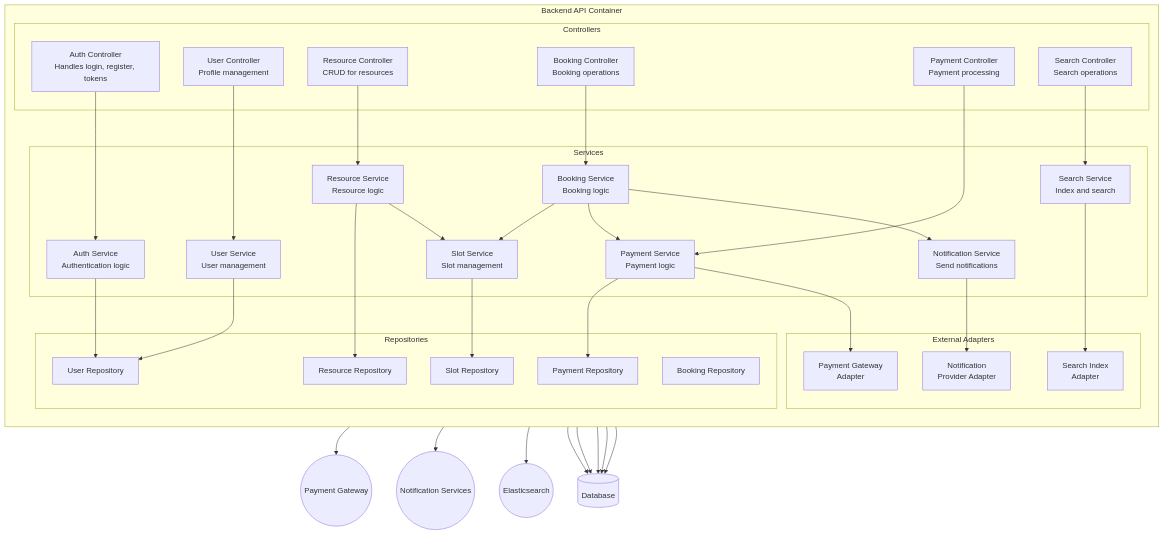
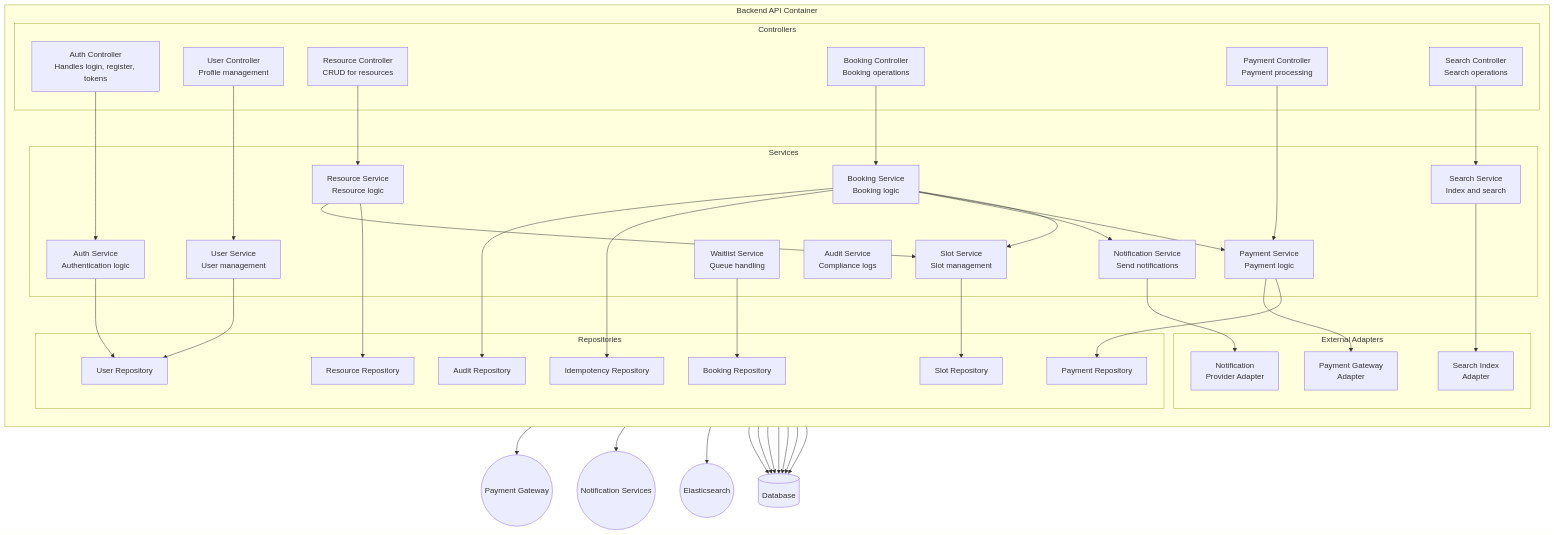
One commit to 0Ankit0/Project-Ideas changed the first of 4 diagrams in Slot Booking System/detailed-design/c4-component.md. Above: the diagram before and after it, drawn with Mermaid. The commit also changed 23 other files, not shown here.

First line of the commit message:
feat: Enhance Slot Booking System documentation and architecture

````diff
--- a/Slot Booking System/detailed-design/c4-component.md
+++ b/Slot Booking System/detailed-design/c4-component.md
@@ -35,6 +35,8 @@
             PAY_SVC[Payment Service<br/>Payment logic]
             NOTIF_SVC[Notification Service<br/>Send notifications]
             SEARCH_SVC[Search Service<br/>Index and search]
+            WAITLIST_SVC[Waitlist Service<br/>Queue handling]
+            AUDIT_SVC[Audit Service<br/>Compliance logs]
         end
         
         subgraph "Repositories"
@@ -43,6 +45,8 @@
             SLOT_REPO[Slot Repository]
             BOOK_REPO[Booking Repository]
             PAY_REPO[Payment Repository]
+            IDEMP_REPO[Idempotency Repository]
+            AUDIT_REPO[Audit Repository]
         end
         
         subgraph "External Adapters"
@@ -68,6 +72,9 @@
     BOOK_SVC --> SLOT_SVC
     BOOK_SVC --> PAY_SVC
     BOOK_SVC --> NOTIF_SVC
+    BOOK_SVC --> IDEMP_REPO
+    BOOK_SVC --> AUDIT_REPO
+    WAITLIST_SVC --> BOOK_REPO
     SLOT_SVC --> SLOT_REPO
     PAY_SVC --> PAY_REPO
     
@@ -86,4 +93,6 @@
     SLOT_REPO --> DB
     BOOK_REPO --> DB
     PAY_REPO --> DB
+    IDEMP_REPO --> DB
+    AUDIT_REPO --> DB
 ```
````
